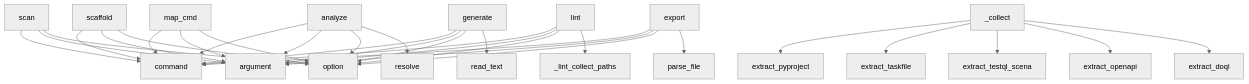
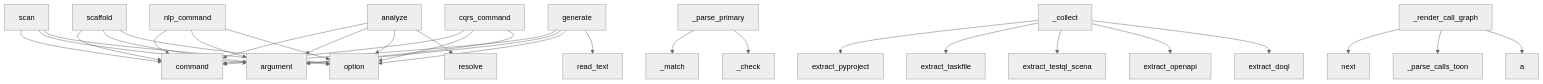
The diagram in project/context.md (oqlos/sumd), drawn with Mermaid (neutral theme) before and after one commit. The commit also changed other lines of this file and 18 other files, not shown here.

````diff
--- a/project/context.md
+++ b/project/context.md
@@ -619,33 +651,33 @@
 ```mermaid
 graph TD
     scan --> command
     scan --> argument
     scan --> option
     analyze --> command
     analyze --> argument
     analyze --> option
     analyze --> resolve
     scaffold --> command
     scaffold --> argument
     scaffold --> option
+    nlp_command --> command
+    nlp_command --> argument
+    nlp_command --> option
+    _parse_primary --> _match
+    _parse_primary --> _check
     _collect --> extract_pyproject
     _collect --> extract_taskfile
     _collect --> extract_testql_scena
     _collect --> extract_openapi
     _collect --> extract_doql
     generate --> command
     generate --> argument
     generate --> option
     generate --> read_text
-    map_cmd --> command
-    map_cmd --> argument
-    map_cmd --> option
-    lint --> command
-    lint --> argument
-    lint --> option
-    lint --> _lint_collect_paths
-    export --> command
-    export --> argument
-    export --> option
-    export --> parse_file
+    cqrs_command --> command
+    cqrs_command --> option
+    cqrs_command --> argument
+    _render_call_graph --> next
+    _render_call_graph --> _parse_calls_toon
+    _render_call_graph --> a
 ```
````
